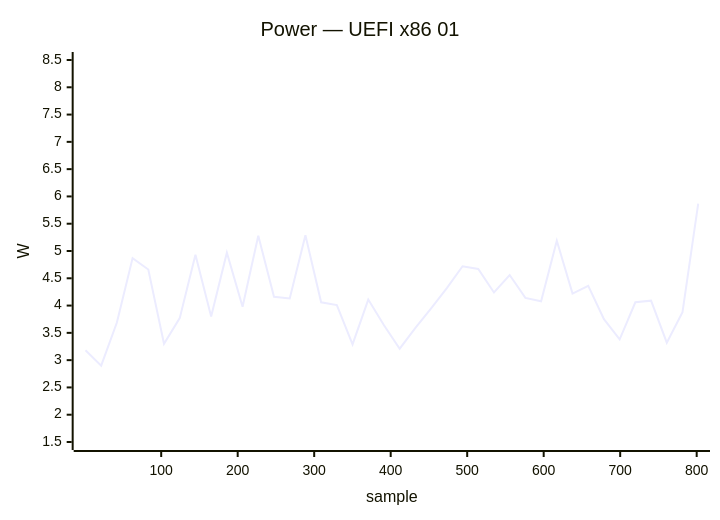
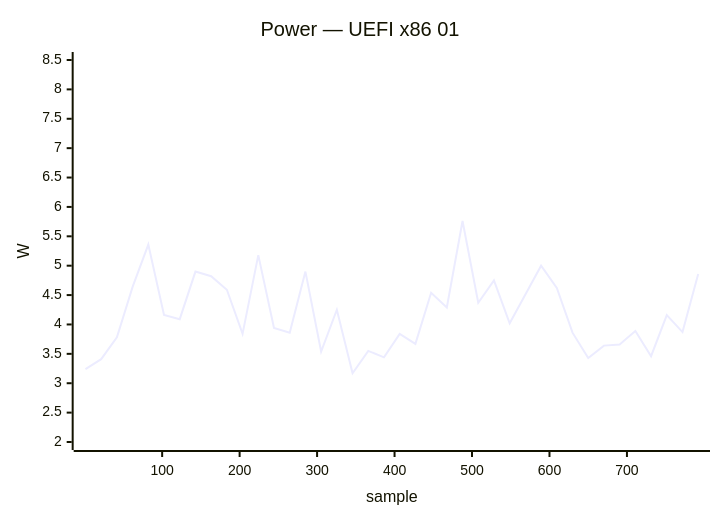
Before and after one commit to armbian/documentation: diagram 18 of 34 in docs/status/board-tests.md, drawn with Mermaid. The commit also changed other lines of this file, not shown here.

````diff
--- a/docs/status/board-tests.md
+++ b/docs/status/board-tests.md
@@ -862,7 +877,7 @@
 ```mermaid
 xychart-beta
     title "Power — UEFI x86 01"
-    x-axis "sample" 1 --> 802
-    y-axis "W" 1.5 --> 8.5
-    line [3.18, 2.90, 3.69, 4.87, 4.66, 3.30, 3.77, 4.93, 3.80, 4.97, 3.98, 5.28, 4.16, 4.13, 5.29, 4.06, 4.01, 3.29, 4.11, 3.64, 3.21, 3.59, 3.95, 4.32, 4.72, 4.67, 4.24, 4.56, 4.14, 4.08, 5.19, 4.22, 4.36, 3.75, 3.38, 4.06, 4.09, 3.32, 3.88, 5.87]
+    x-axis "sample" 1 --> 792
+    y-axis "W" 2.0 --> 8.5
+    line [3.24, 3.41, 3.78, 4.64, 5.36, 4.16, 4.09, 4.90, 4.82, 4.59, 3.84, 5.18, 3.94, 3.86, 4.90, 3.54, 4.25, 3.17, 3.55, 3.44, 3.84, 3.67, 4.54, 4.29, 5.76, 4.37, 4.75, 4.02, 4.51, 5.00, 4.62, 3.86, 3.43, 3.64, 3.66, 3.89, 3.46, 4.16, 3.87, 4.86]
 ```
````
